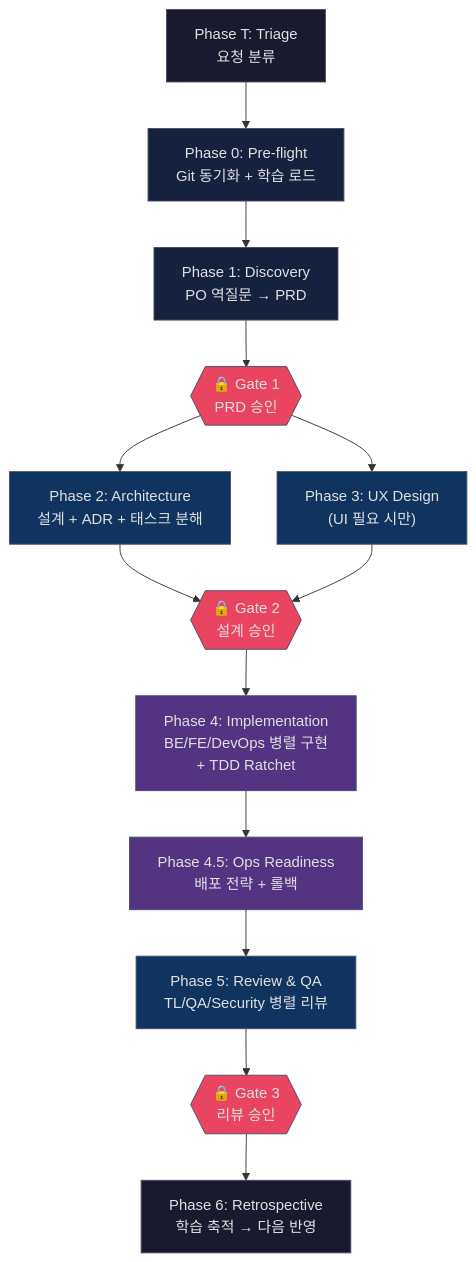
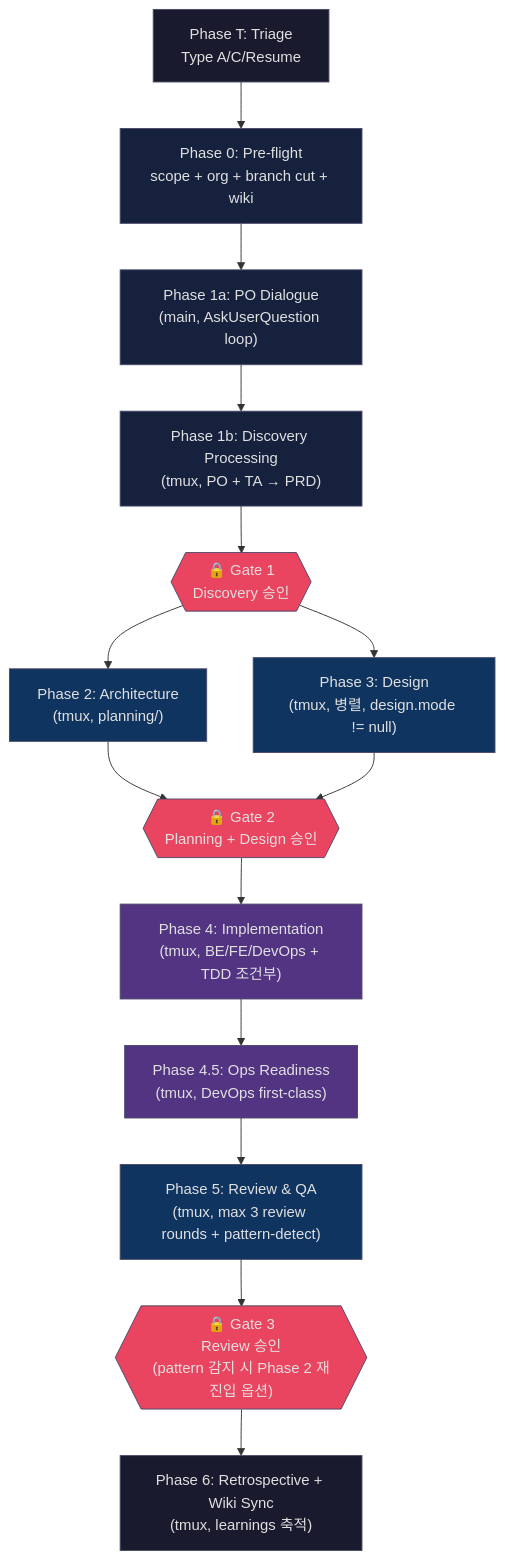
The second of 3 diagrams in README.md (sana-lazystar/jarfis), drawn with Mermaid before and after one commit. The commit also changed other lines of this file and 7 other files, not shown here.

````diff
--- a/README.md
+++ b/README.md
@@ -98,28 +154,30 @@
 ```mermaid
 flowchart TD
-    T["Phase T: Triage\n요청 분류"] --> P0["Phase 0: Pre-flight\nGit 동기화 + 학습 로드"]
-    P0 --> P1["Phase 1: Discovery\nPO 역질문 → PRD"]
-    P1 --> G1{{"🔒 Gate 1\nPRD 승인"}}
-    G1 --> P2["Phase 2: Architecture\n설계 + ADR + 태스크 분해"]
-    G1 --> P3["Phase 3: UX Design\n(UI 필요 시만)"]
-    P2 --> G2{{"🔒 Gate 2\n설계 승인"}}
+    T["Phase T: Triage\nType A/C/Resume"] --> P0["Phase 0: Pre-flight\nscope + org + branch cut + wiki"]
+    P0 --> P1a["Phase 1a: PO Dialogue\n(main, AskUserQuestion loop)"]
+    P1a --> P1b["Phase 1b: Discovery Processing\n(tmux, PO + TA → PRD)"]
+    P1b --> G1{{"🔒 Gate 1\nDiscovery 승인"}}
+    G1 --> P2["Phase 2: Architecture\n(tmux, planning/)"]
+    G1 --> P3["Phase 3: Design\n(tmux, 병렬, design.mode != null)"]
+    P2 --> G2{{"🔒 Gate 2\nPlanning + Design 승인"}}
     P3 --> G2
-    G2 --> P4["Phase 4: Implementation\nBE/FE/DevOps 병렬 구현\n+ TDD Ratchet"]
-    P4 --> P45["Phase 4.5: Ops Readiness\n배포 전략 + 롤백"]
-    P45 --> P5["Phase 5: Review & QA\nTL/QA/Security 병렬 리뷰"]
-    P5 --> G3{{"🔒 Gate 3\n리뷰 승인"}}
-    G3 --> P6["Phase 6: Retrospective\n학습 축적 → 다음 반영"]
+    G2 --> P4["Phase 4: Implementation\n(tmux, BE/FE/DevOps + TDD 조건부)"]
+    P4 --> P45["Phase 4.5: Ops Readiness\n(tmux, DevOps first-class)"]
+    P45 --> P5["Phase 5: Review & QA\n(tmux, max 3 review rounds + pattern-detect)"]
+    P5 --> G3{{"🔒 Gate 3\nReview 승인\n(pattern 감지 시 Phase 2 재진입 옵션)"}}
+    G3 --> P6["Phase 6: Retrospective + Wiki Sync\n(tmux, learnings 축적)"]
 
     style T fill:#1a1a2e,color:#e0e0e0,stroke:#4a4a6a
     style P0 fill:#16213e,color:#e0e0e0,stroke:#4a4a6a
-    style P1 fill:#16213e,color:#e0e0e0,stroke:#4a4a6a
+    style P1a fill:#16213e,color:#e0e0e0,stroke:#4a4a6a
+    style P1b fill:#16213e,color:#e0e0e0,stroke:#4a4a6a
     style P2 fill:#0f3460,color:#e0e0e0,stroke:#4a4a6a
     style P3 fill:#0f3460,color:#e0e0e0,stroke:#4a4a6a
     style P4 fill:#533483,color:#e0e0e0,stroke:#4a4a6a
     style P45 fill:#533483,color:#e0e0e0,stroke:#4a4a6a
     style P5 fill:#0f3460,color:#e0e0e0,stroke:#4a4a6a
     style P6 fill:#1a1a2e,color:#e0e0e0,stroke:#4a4a6a
     style G1 fill:#e94560,color:#e0e0e0,stroke:#4a4a6a
     style G2 fill:#e94560,color:#e0e0e0,stroke:#4a4a6a
     style G3 fill:#e94560,color:#e0e0e0,stroke:#4a4a6a
 ```
````
